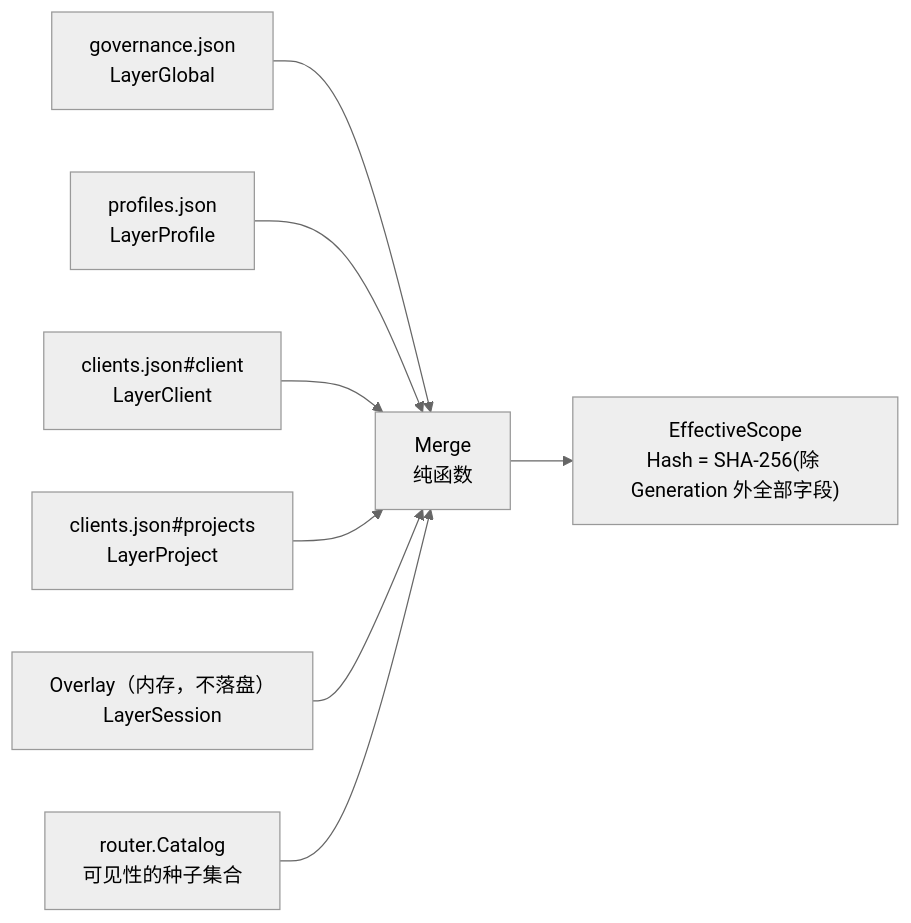
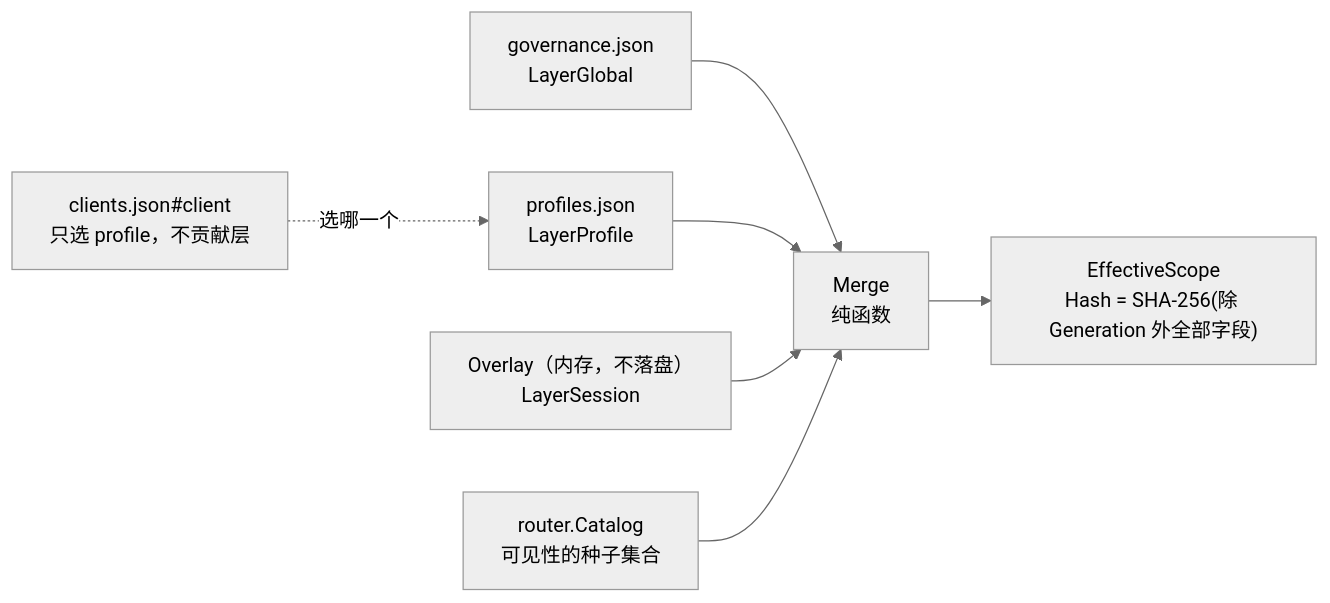
The first of 2 diagrams in docs/zh-CN/modules/config.md (dinstein/agent-hub), drawn with Mermaid (neutral theme) before and after one commit. The commit also changed other lines of this file and 22 other files, not shown here.

````diff
--- a/docs/zh-CN/modules/config.md
+++ b/docs/zh-CN/modules/config.md
@@ -63,10 +80,9 @@
 ```mermaid
 flowchart LR
   G["governance.json<br/>LayerGlobal"] --> M
   P["profiles.json<br/>LayerProfile"] --> M
-  C["clients.json#client<br/>LayerClient"] --> M
-  J["clients.json#projects<br/>LayerProject"] --> M
   O["Overlay（内存，不落盘）<br/>LayerSession"] --> M
   CAT["router.Catalog<br/>可见性的种子集合"] --> M
   M["Merge<br/>纯函数"] --> ES["EffectiveScope<br/>Hash = SHA-256(除 Generation 外全部字段)"]
+  C["clients.json#client<br/>只选 profile，不贡献层"] -. "选哪一个" .-> P
 ```
````
